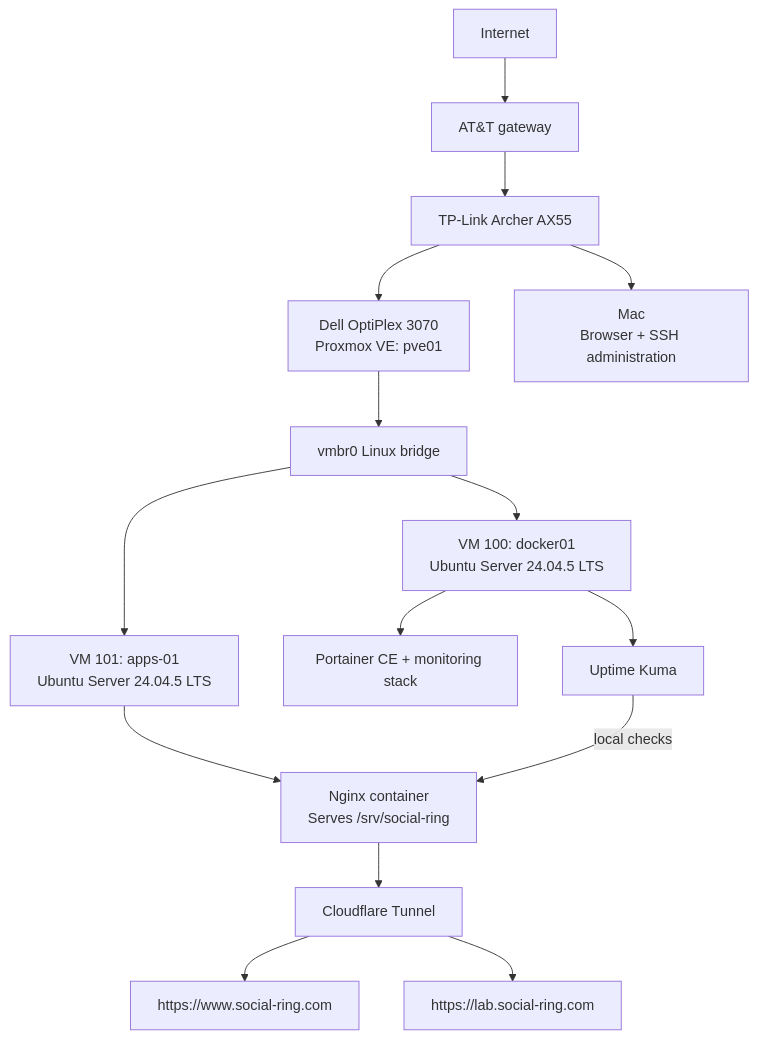
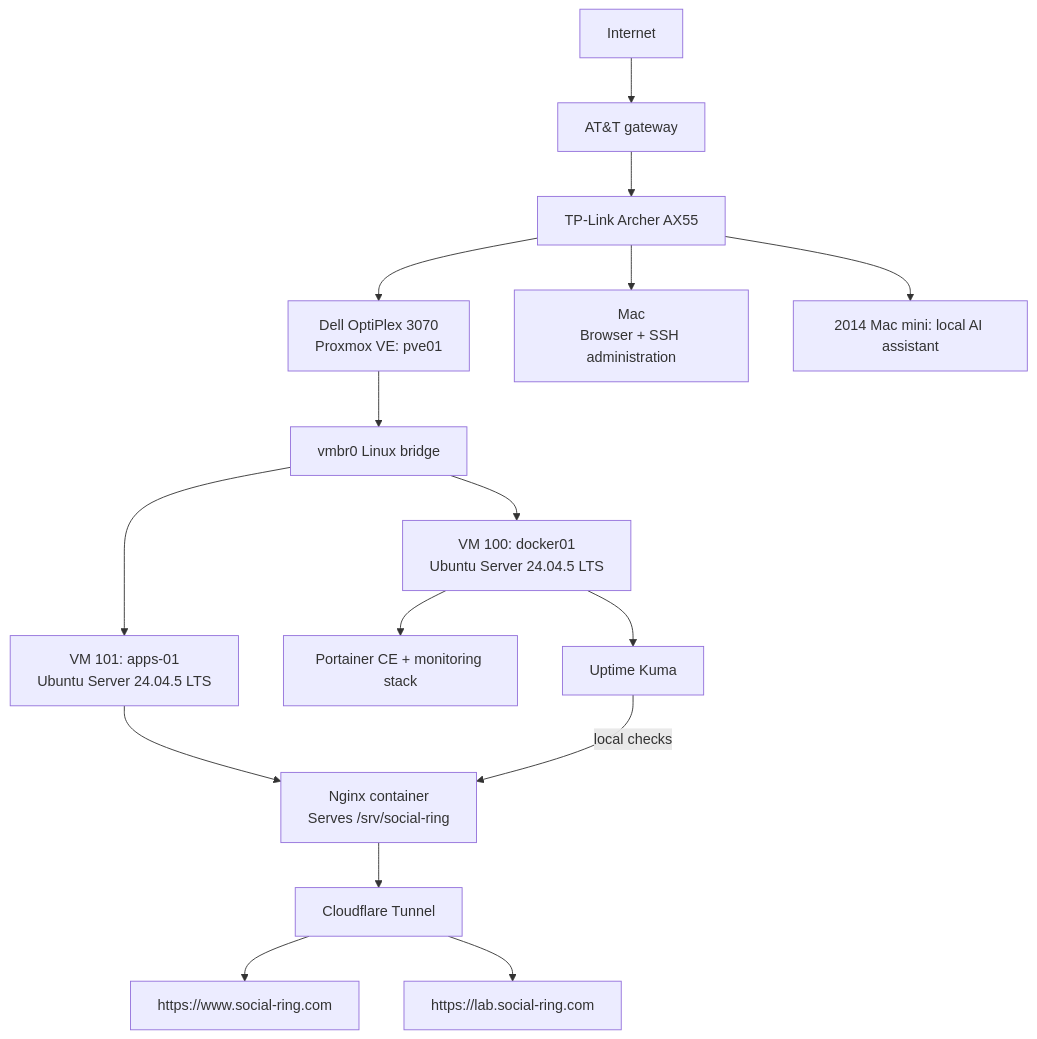
One commit to HoseaCodes/HomeLab changed the first of 2 diagrams in docs/architecture.md. Above: the diagram before and after it, drawn with Mermaid. The commit also changed other lines of this file and 8 other files, not shown here.

First line of the commit message:
Add local AI assistant documentation and implementation details

````diff
--- a/docs/architecture.md
+++ b/docs/architecture.md
@@ -10,17 +11,18 @@
 ```mermaid
 flowchart TD
     I[Internet] --> A[AT&T gateway]
     A --> R[TP-Link Archer AX55]
     R --> P[Dell OptiPlex 3070\nProxmox VE: pve01]
     R --> M[Mac\nBrowser + SSH administration]
+    R --> AI["2014 Mac mini: local AI assistant"]
     P --> B[vmbr0 Linux bridge]
     B --> V1[VM 100: docker01\nUbuntu Server 24.04.5 LTS]
     B --> V2[VM 101: apps-01\nUbuntu Server 24.04.5 LTS]
     V2 --> Nginx["Nginx container\nServes /srv/social-ring"]
     Nginx --> CF[Cloudflare Tunnel]
     CF --> WWW[https://www.social-ring.com]
     CF --> LAB[https://lab.social-ring.com]
     V1 --> Portainer[Portainer CE + monitoring stack]
     V1 --> Kuma[Uptime Kuma]
     Kuma -->|local checks| Nginx
 ```
````
